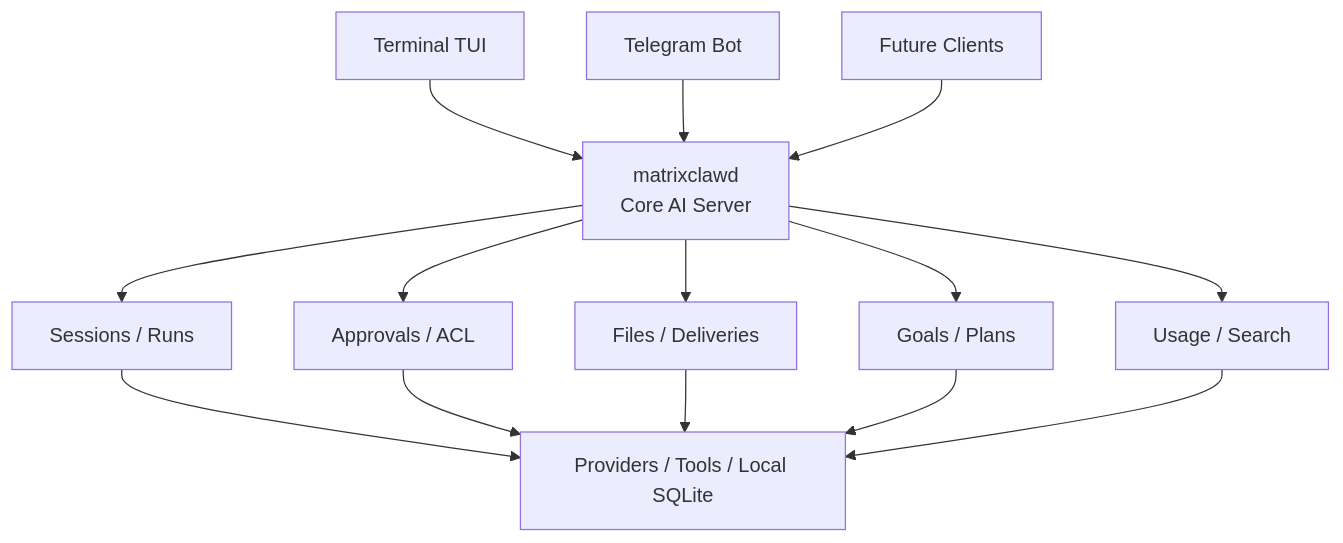
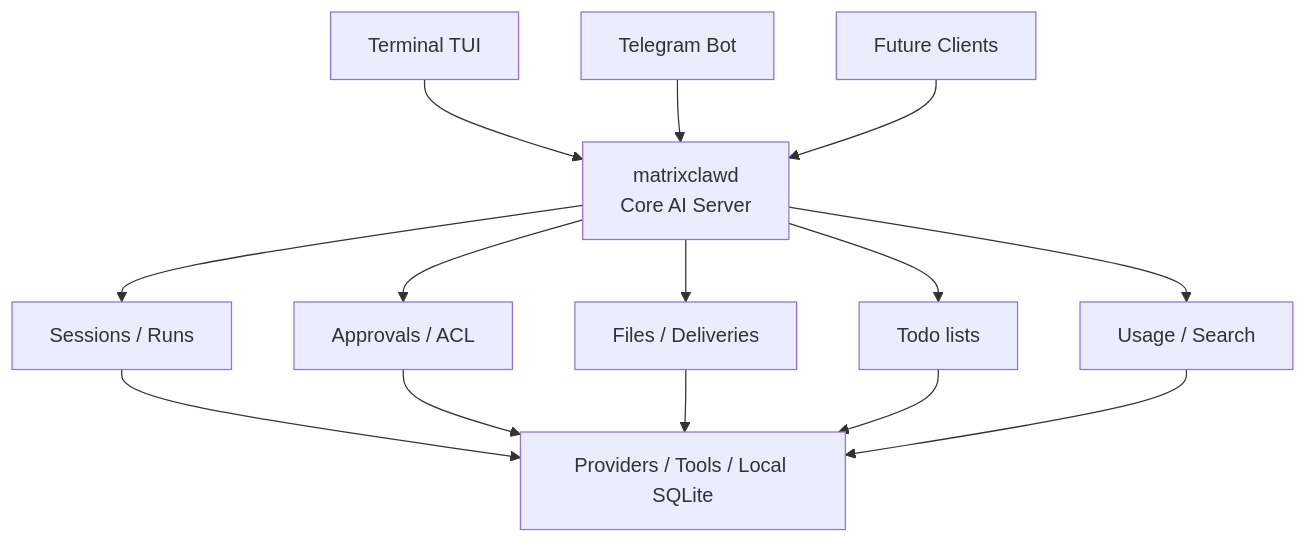
The first of 2 diagrams in README.md (Suren878/matrixclaw), drawn with Mermaid before and after one commit. The commit also changed other lines of this file and 5 other files, not shown here.

````diff
--- a/README.md
+++ b/README.md
@@ -126,24 +126,24 @@
 ```mermaid
 flowchart TD
     TUI[Terminal TUI]
     TG[Telegram Bot]
     FC[Future Clients]
 
     TUI --> D
     TG --> D
     FC --> D
 
     D["matrixclawd<br/>Core AI Server"]
 
     D --> S[Sessions / Runs]
     D --> A[Approvals / ACL]
     D --> F[Files / Deliveries]
-    D --> P[Goals / Plans]
+    D --> P[Todo lists]
     D --> U[Usage / Search]
 
     S --> B[Providers / Tools / Local SQLite]
     A --> B
     F --> B
     P --> B
     U --> B
 ```
````
